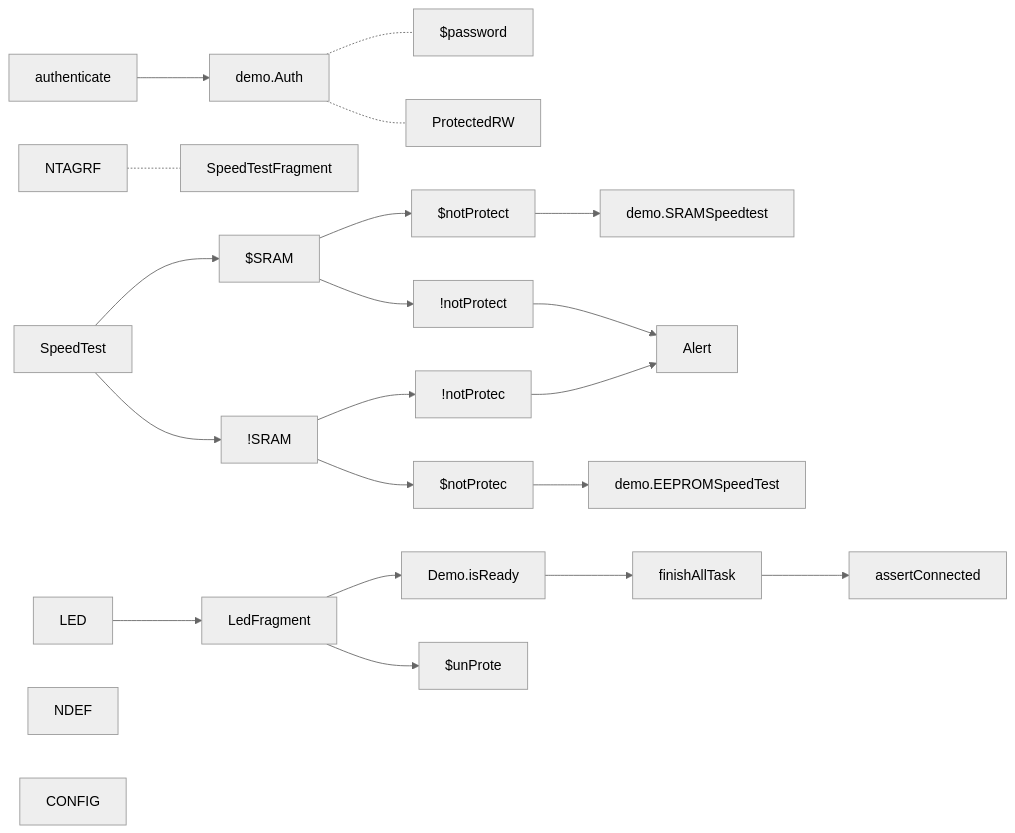
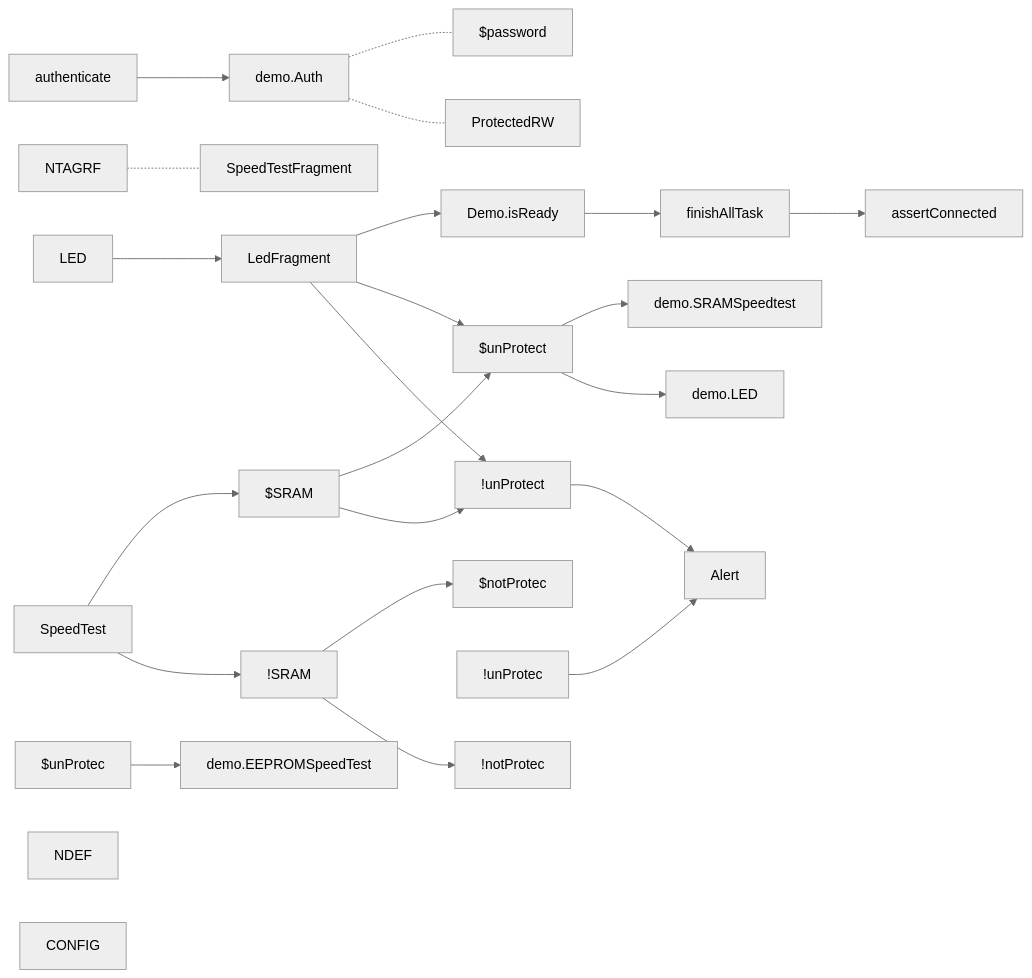
One commit to gordianknotC/nxp_note changed the fifth of 5 diagrams in nxp/MainActivity.md. Above: the diagram before and after it, drawn with Mermaid (neutral theme). The commit also changed other lines of this file, not shown here.

Commit message:
nxp/MainActivity.md updated from https://stackedit.io/

````diff
--- a/nxp/MainActivity.md
+++ b/nxp/MainActivity.md
@@ -56,31 +56,33 @@
 ```mermaid
 graph LR
 authenticate --> demo.Auth
 demo.Auth -.- $password
 demo.Auth -.- ProtectedRW
 
 
 
 NTAGRF -.- SpeedTestFragment
 SpeedTest --> $SRAM
 SpeedTest --> !SRAM
-$SRAM --> $notProtect
-$SRAM --> !notProtect
-$notProtect--> demo.SRAMSpeedtest
-!notProtect--> Alert
+$SRAM --> $unProtect
+$SRAM --> !unProtect
+$unProtect--> demo.SRAMSpeedtest
+!unProtect--> Alert
 !SRAM --> $notProtec
 !SRAM --> !notProtec
-$notProtec --> demo.EEPROMSpeedTest
-!notProtec --> Alert
+$unProtec --> demo.EEPROMSpeedTest
+!unProtec --> Alert
 
 
 LED --> LedFragment
 LedFragment --> Demo.isReady
 Demo.isReady --> finishAllTask
 finishAllTask --> assertConnected
-LedFragment --> $unProte
+LedFragment --> $unProtect
+LedFragment --> !unProtect
+$unProtect --> demo.LED
 
 
 NDEF
 CONFIG
 ```
````
